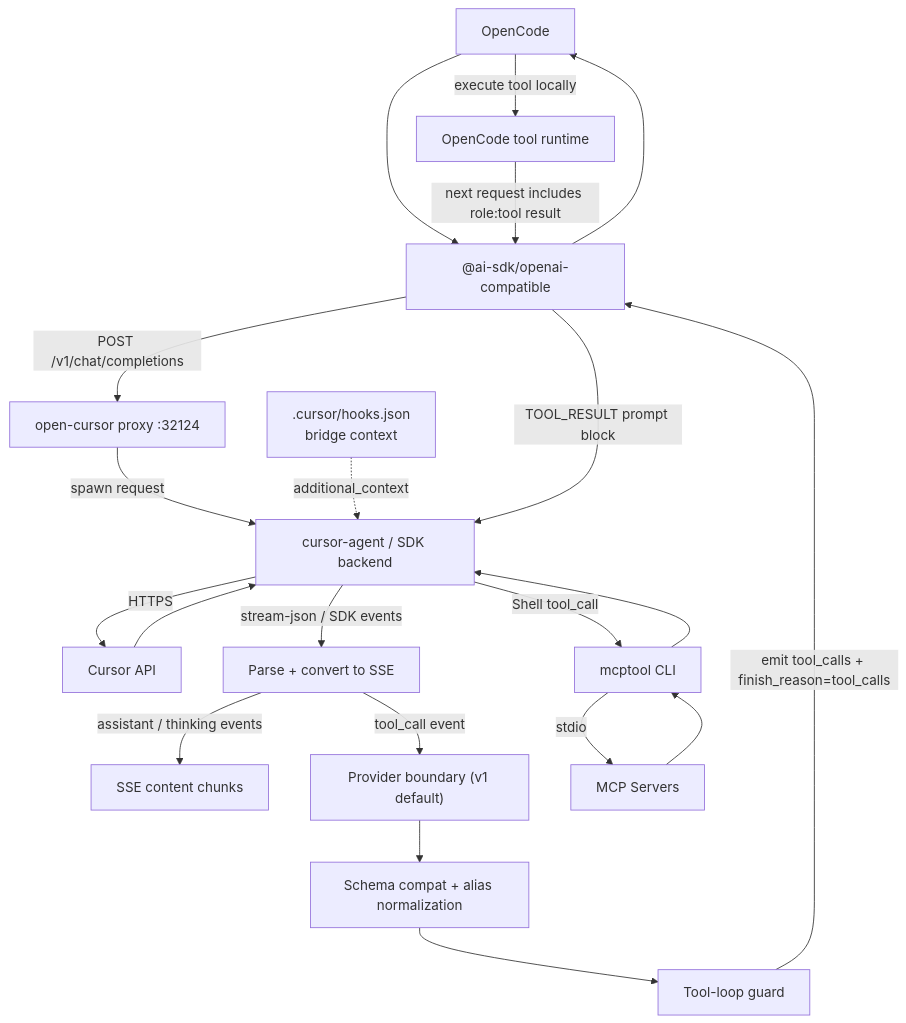
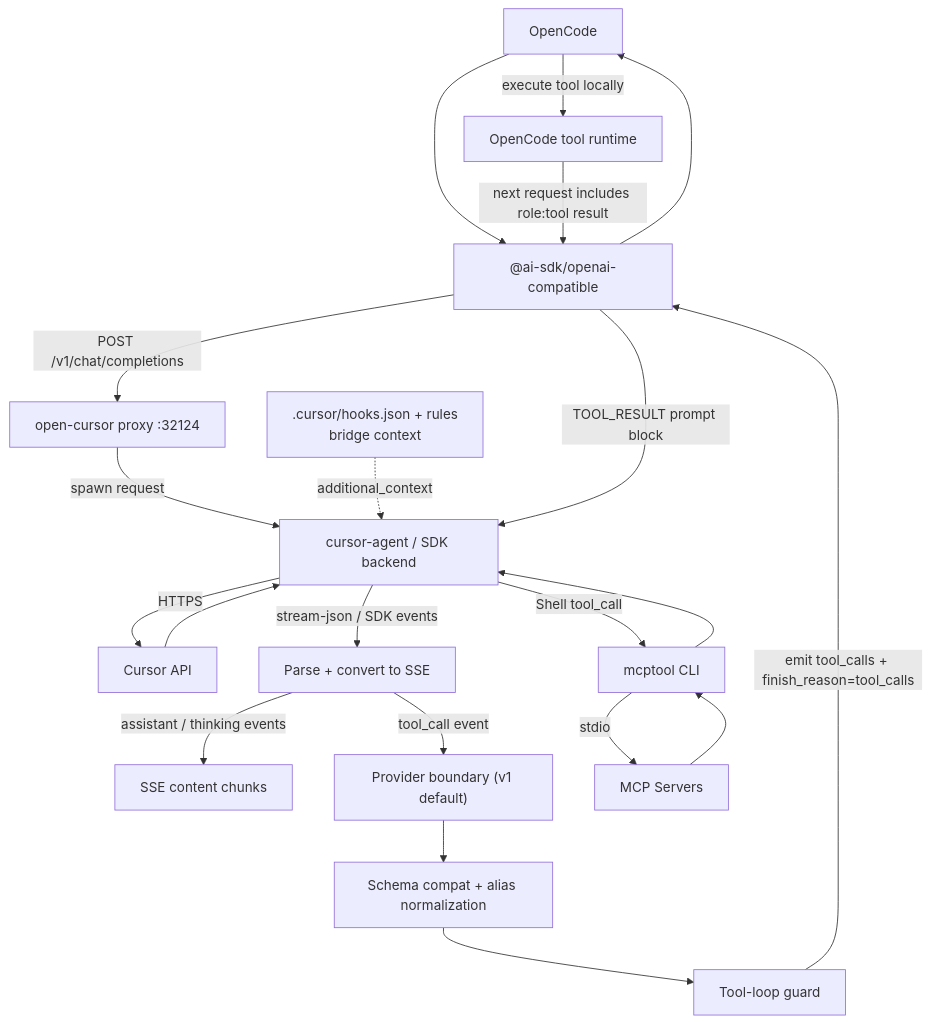
One commit to Nomadcxx/opencode-cursor changed the first of 2 diagrams in README.md. Above: the diagram before and after it, drawn with Mermaid. The commit also changed other lines of this file and 6 other files, not shown here.

````diff
--- a/README.md
+++ b/README.md
@@ -158,26 +158,26 @@
 ```mermaid
 flowchart TB
     OC["OpenCode"] --> SDK["@ai-sdk/openai-compatible"]
     SDK -->|"POST /v1/chat/completions"| PROXY["open-cursor proxy :32124"]
     PROXY -->|"spawn request"| BACKEND["cursor-agent / SDK backend"]
-    HOOK[".cursor/hooks.json\nbridge context"] -. "additional_context" .-> BACKEND
+    HOOK[".cursor/hooks.json + rules\nbridge context"] -. "additional_context" .-> BACKEND
     BACKEND -->|"HTTPS"| CURSOR["Cursor API"]
     CURSOR --> BACKEND
 
     BACKEND -->|"stream-json / SDK events"| PARSER["Parse + convert to SSE"]
     PARSER -->|"assistant / thinking events"| SSE["SSE content chunks"]
     PARSER -->|"tool_call event"| BOUNDARY["Provider boundary (v1 default)"]
     BOUNDARY --> COMPAT["Schema compat + alias normalization"]
     COMPAT --> GUARD["Tool-loop guard"]
     GUARD -->|"emit tool_calls + finish_reason=tool_calls"| SDK
     SDK --> OC
 
     OC -->|"execute tool locally"| TOOLRUN["OpenCode tool runtime"]
     TOOLRUN -->|"next request includes role:tool result"| SDK
     SDK -->|"TOOL_RESULT prompt block"| BACKEND
 
     BACKEND -->|"Shell tool_call"| MCPTOOL["mcptool CLI"]
     MCPTOOL -->|"stdio"| MCP["MCP Servers"]
     MCP --> MCPTOOL
     MCPTOOL --> BACKEND
 ```
````
